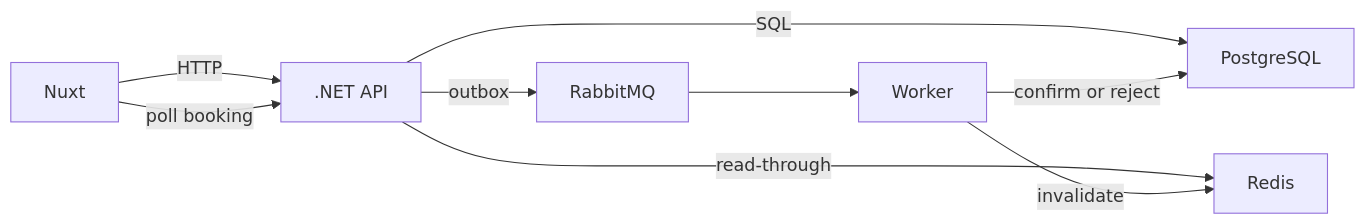
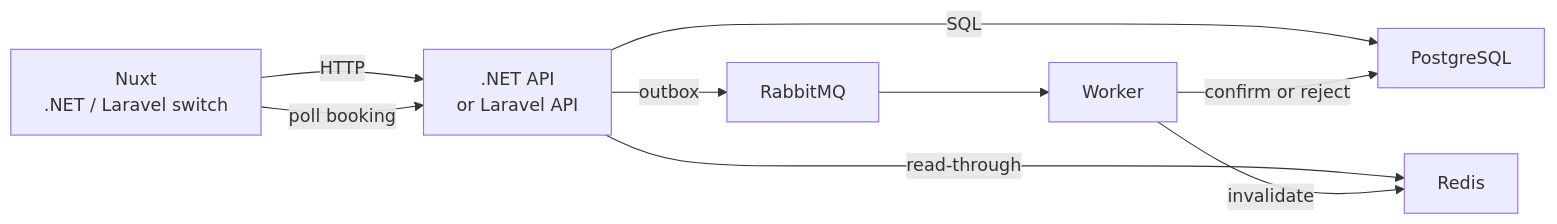
One commit to evgenest/HotelPulse changed the diagram in README.md. Above: the diagram before and after it, drawn with Mermaid. The commit also changed other lines of this file and 15 other files, not shown here.

````diff
--- a/README.md
+++ b/README.md
@@ -19,11 +19,11 @@
 ```mermaid
 flowchart LR
-  web["Nuxt"] -->|HTTP| api[".NET API"]
+  web["Nuxt<br/>.NET / Laravel switch"] -->|HTTP| api[".NET API<br/>or Laravel API"]
   api -->|SQL| pg["PostgreSQL"]
   api -->|read-through| redis["Redis"]
   api -->|outbox| mq["RabbitMQ"]
   mq --> worker["Worker"]
   worker -->|confirm or reject| pg
   worker -->|invalidate| redis
   web -->|poll booking| api
 ```
````
